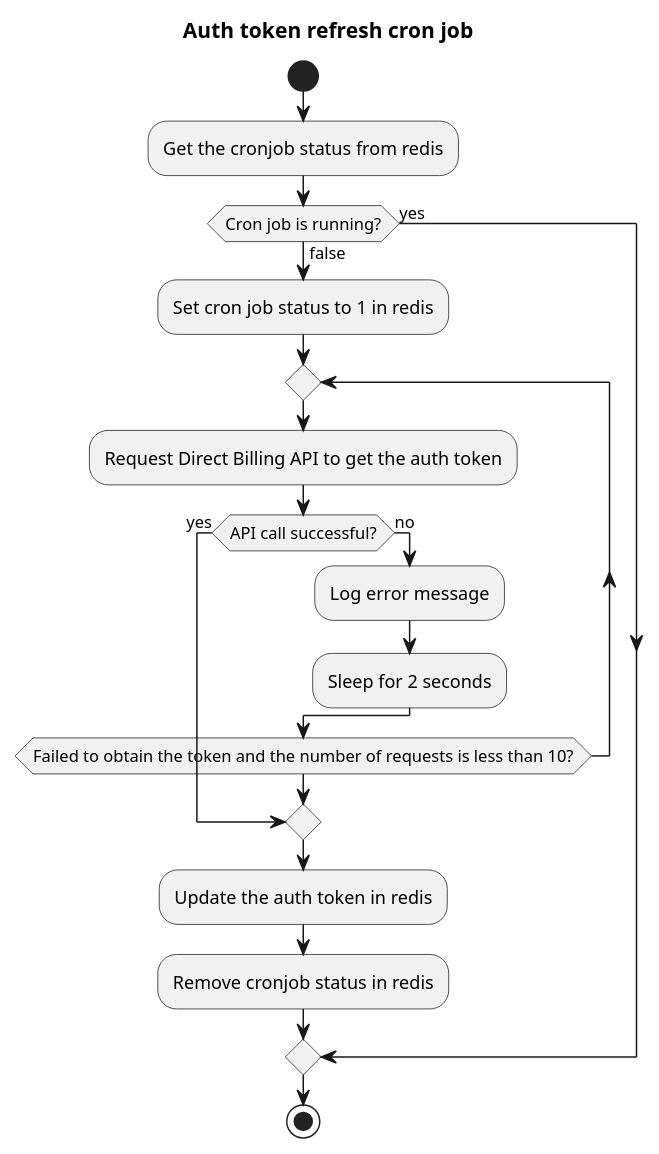
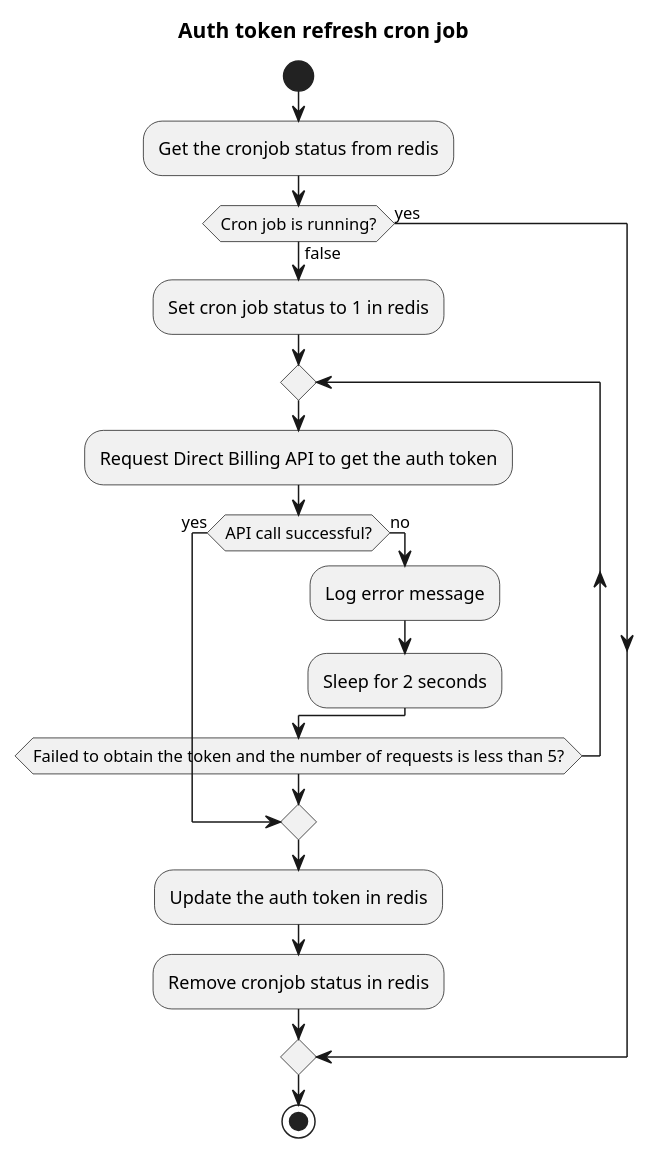
Before and after one commit to Jayounger/EyeMed-Sequence-Diagram: the diagram in Auth token refresh cron job.puml, drawn with PlantUML. The commit also changed 75 other files, not shown here.

```diff
--- a/Auth token refresh cron job.puml
+++ b/Auth token refresh cron job.puml
@@ -1,24 +1,24 @@
 @startuml
 'https://plantuml.com/activity-diagram-beta
 title Auth token refresh cron job
 start
 :Get the cronjob status from redis;
 if (Cron job is running?) then (yes)
 else (false)
 :Set cron job status to 1 in redis;
 repeat
 :Request Direct Billing API to get the auth token;
 if (API call successful?) then (yes)
 break
 else (no)
 :Log error message;
 :Sleep for 2 seconds;
 endif
-repeat while (Failed to obtain the token and the number of requests is less than 10?)
+repeat while (Failed to obtain the token and the number of requests is less than 5?)
 :Update the auth token in redis;
 :Remove cronjob status in redis;
 endif
 
 stop
 
 @enduml
```
